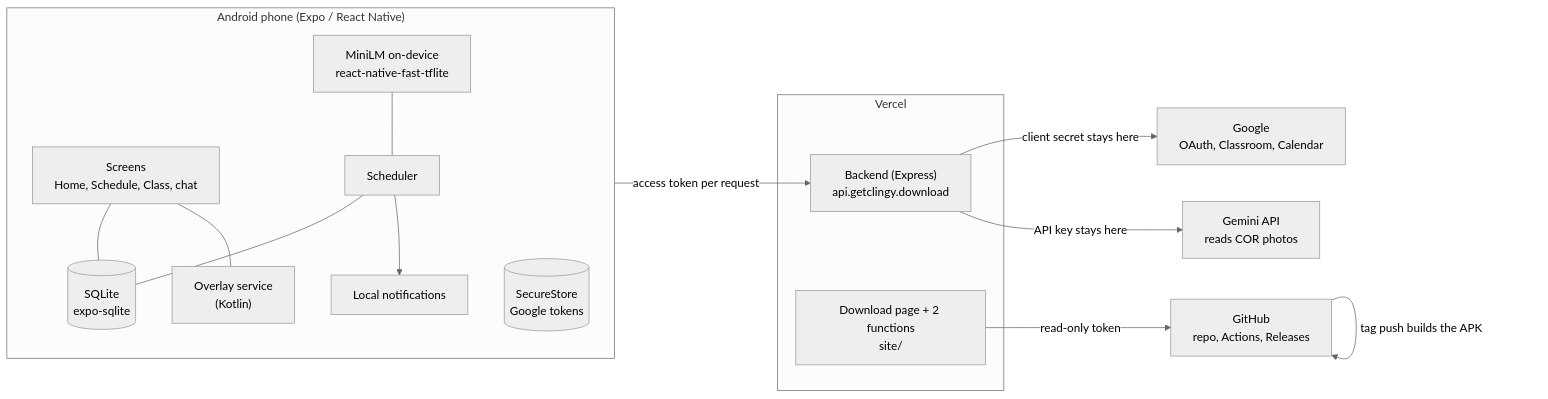
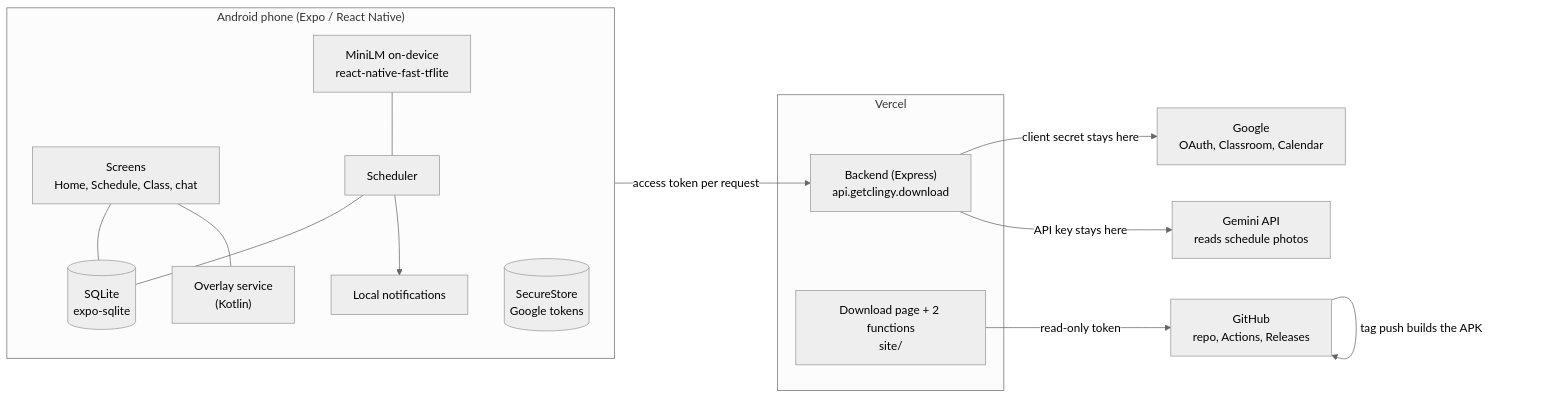
The first of 5 diagrams in ARCHITECTURE.md (CodeKheb/Clingy), drawn with Mermaid (neutral theme) before and after one commit. The commit also changed other lines of this file and 13 other files, not shown here.

First line of the commit message:
Make the photo scan generic: any class schedule, not just a COR

````diff
--- a/ARCHITECTURE.md
+++ b/ARCHITECTURE.md
@@ -7,32 +7,32 @@
 ```mermaid
 flowchart LR
   subgraph Phone["Android phone (Expo / React Native)"]
     UI["Screens<br/>Home, Schedule, Class, chat"]
     DB[("SQLite<br/>expo-sqlite")]
     KS[("SecureStore<br/>Google tokens")]
     ML["MiniLM on-device<br/>react-native-fast-tflite"]
     SCH["Scheduler"]
     NOTIF["Local notifications"]
     OVL["Overlay service<br/>(Kotlin)"]
     UI --- DB
     SCH --- DB
     ML --- SCH
     SCH --> NOTIF
     UI --- OVL
   end
 
   subgraph Vercel
     API["Backend (Express)<br/>api.getclingy.download"]
     SITE["Download page + 2 functions<br/>site/"]
   end
 
   G["Google<br/>OAuth, Classroom, Calendar"]
-  GEM["Gemini API<br/>reads COR photos"]
+  GEM["Gemini API<br/>reads schedule photos"]
   GH["GitHub<br/>repo, Actions, Releases"]
 
   Phone -- "access token per request" --> API
   API -- "client secret stays here" --> G
   API -- "API key stays here" --> GEM
   SITE -- "read-only token" --> GH
   GH -- "tag push builds the APK" --> GH
 ```
````
